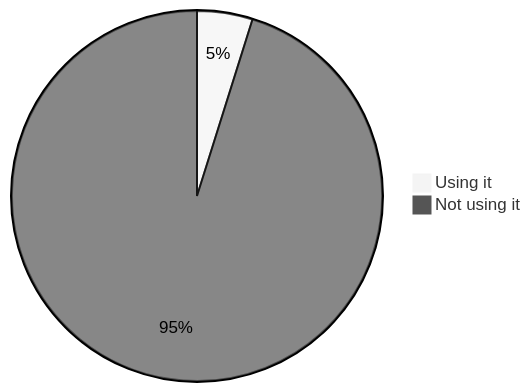
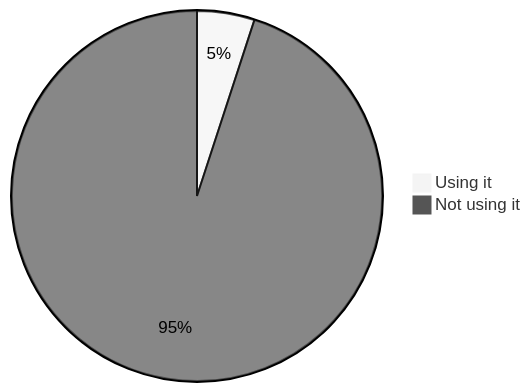
Diagram 11 of 22 in stats.md (oshp/oshp-stats), drawn with Mermaid (neutral theme) before and after one commit. The commit also changed other lines of this file, not shown here.

````diff
--- a/stats.md
+++ b/stats.md
@@ -130,6 +130,6 @@
 ```mermaid
 pie
-	"Using it" : 4.85
-	"Not using it" : 95.15
+	"Using it" : 5.02
+	"Not using it" : 94.98
 
 ```
````
